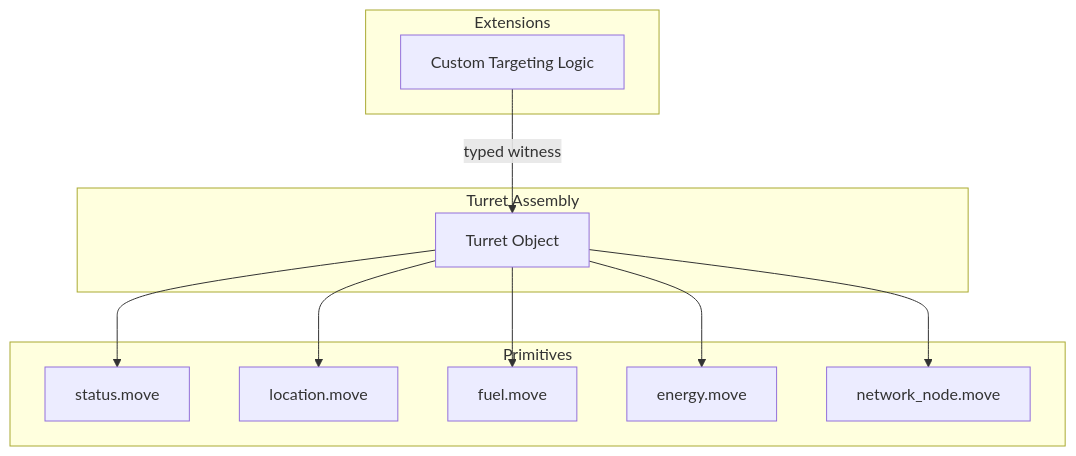
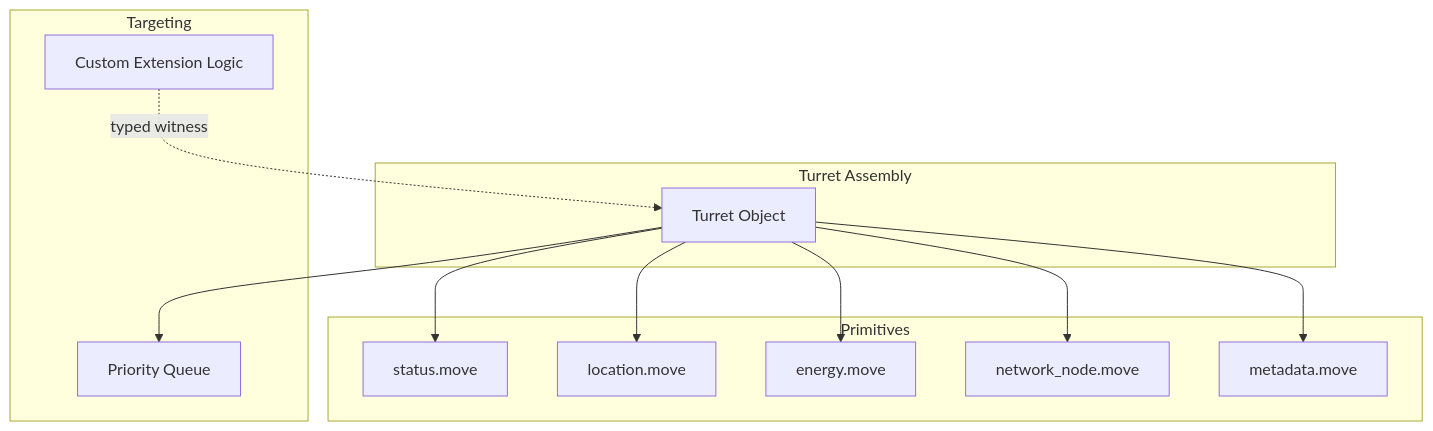
One commit to Scetrov/frontier.scetrov.live changed the diagram in content/develop/world-contracts/assemblies/turret.move.md. Above: the diagram before and after it, drawn with Mermaid. The commit also changed other lines of this file and 4 other files, not shown here.

````diff
--- a/content/develop/world-contracts/assemblies/turret.move.md
+++ b/content/develop/world-contracts/assemblies/turret.move.md
@@ -18,25 +18,27 @@
 ```mermaid
 flowchart TD
     subgraph Turret Assembly
         T[Turret Object]
     end
 
     subgraph Primitives
-        Status[status.move]
-        Location[location.move]
-        Fuel[fuel.move]
-        Energy[energy.move]
-        NWN[network_node.move]
+        Status["status.move"]
+        Location["location.move"]
+        Energy["energy.move"]
+        NWN["network_node.move"]
+        Metadata["metadata.move"]
     end
 
-    subgraph Extensions
-        Ext[Custom Targeting Logic]
+    subgraph Targeting
+        P[Priority Queue]
+        Ext[Custom Extension Logic]
     end
 
     T --> Status
     T --> Location
-    T --> Fuel
     T --> Energy
     T --> NWN
-    Ext -->|typed witness| T
+    T --> Metadata
+    T --> P
+    Ext -.->|typed witness| T
 ```
````
